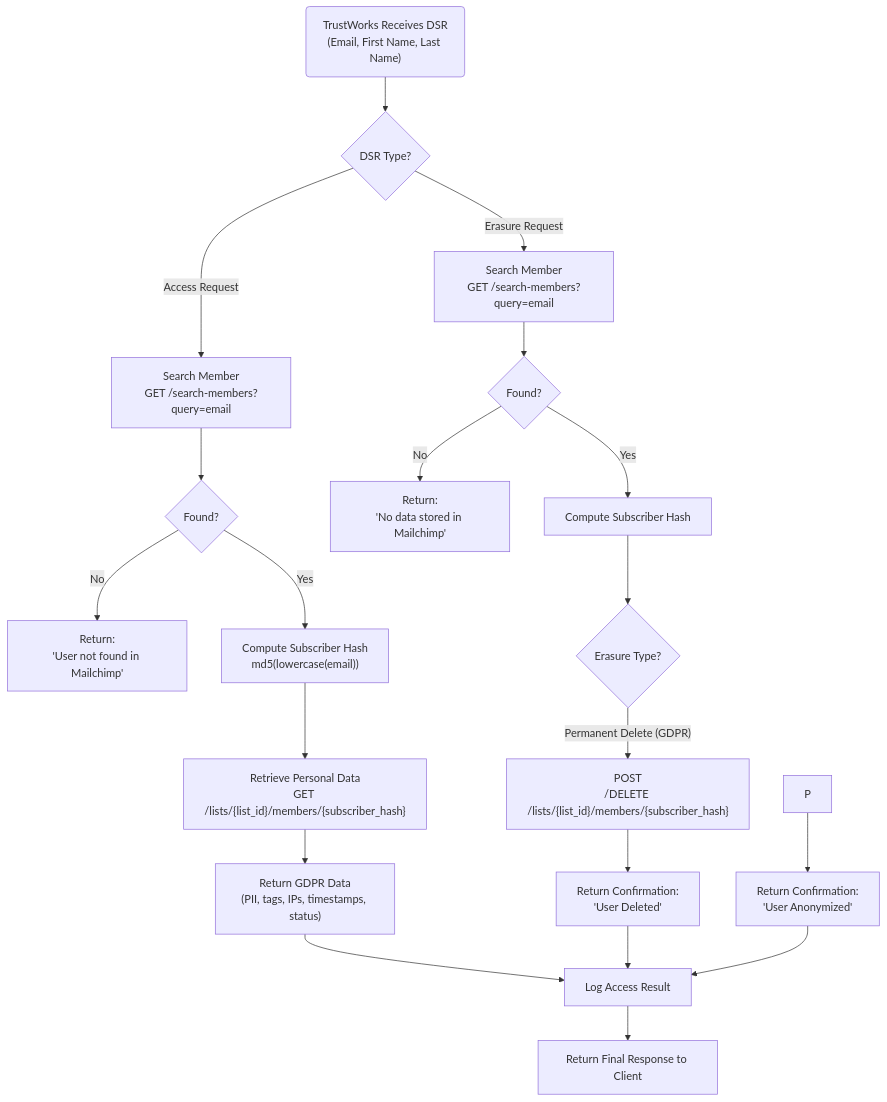
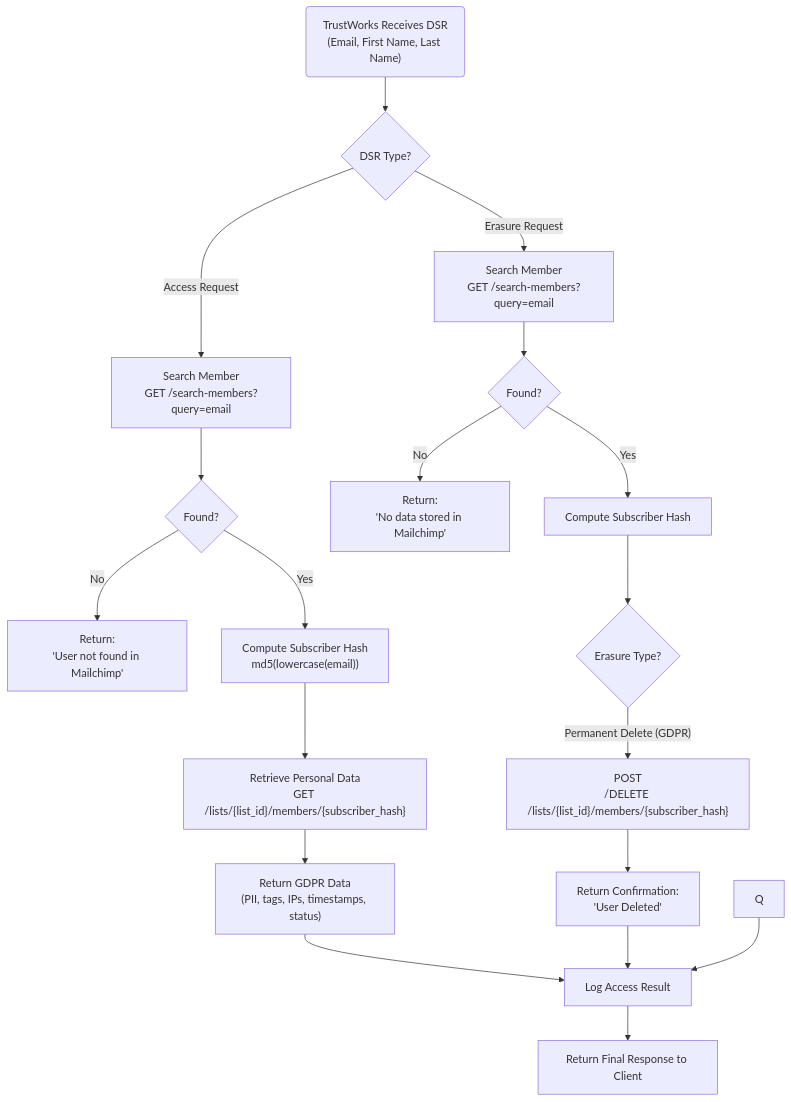
Before and after one commit to pratah/mailchimp-api: the diagram in recruitment-assignment.md, drawn with Mermaid.

````diff
--- a/recruitment-assignment.md
+++ b/recruitment-assignment.md
@@ -27,28 +27,27 @@
 ```mermaid
 flowchart TD
     A("TrustWorks Receives DSR<br/>(Email, First Name, Last Name)") --> B{"DSR Type?"}
     
     %% Access Request Path
     B -->|"Access Request"| C["Search Member<br/>GET /search-members?query=email"]
     C --> D{"Found?"}
     D -->|"No"| E["Return:<br/>'User not found in Mailchimp'"]
     D -->|"Yes"| F["Compute Subscriber Hash<br/>md5(lowercase(email))"]
     F --> G["Retrieve Personal Data<br/>GET /lists/{list_id}/members/{subscriber_hash}"]
     G --> H["Return GDPR Data<br/>(PII, tags, IPs, timestamps, status)"]
     
     %% Erasure Request Path
     B -->|"Erasure Request"| I["Search Member<br/>GET /search-members?query=email"]
     I --> J{"Found?"}
     J -->|"No"| K["Return:<br/>'No data stored in Mailchimp'"]
     J -->|"Yes"| L["Compute Subscriber Hash"]
     L --> M{"Erasure Type?"}
     M -->|"Permanent Delete (GDPR)"| N["POST<br/>/DELETE /lists/{list_id}/members/{subscriber_hash}"]
     N --> O["Return Confirmation:<br/>'User Deleted'"]
-    P --> Q["Return Confirmation:<br/>'User Anonymized'"]
     
     %% Logs
     H --> R["Log Access Result"]
     O --> R
     Q --> R
     R --> S["Return Final Response to Client"]
 ```
````
